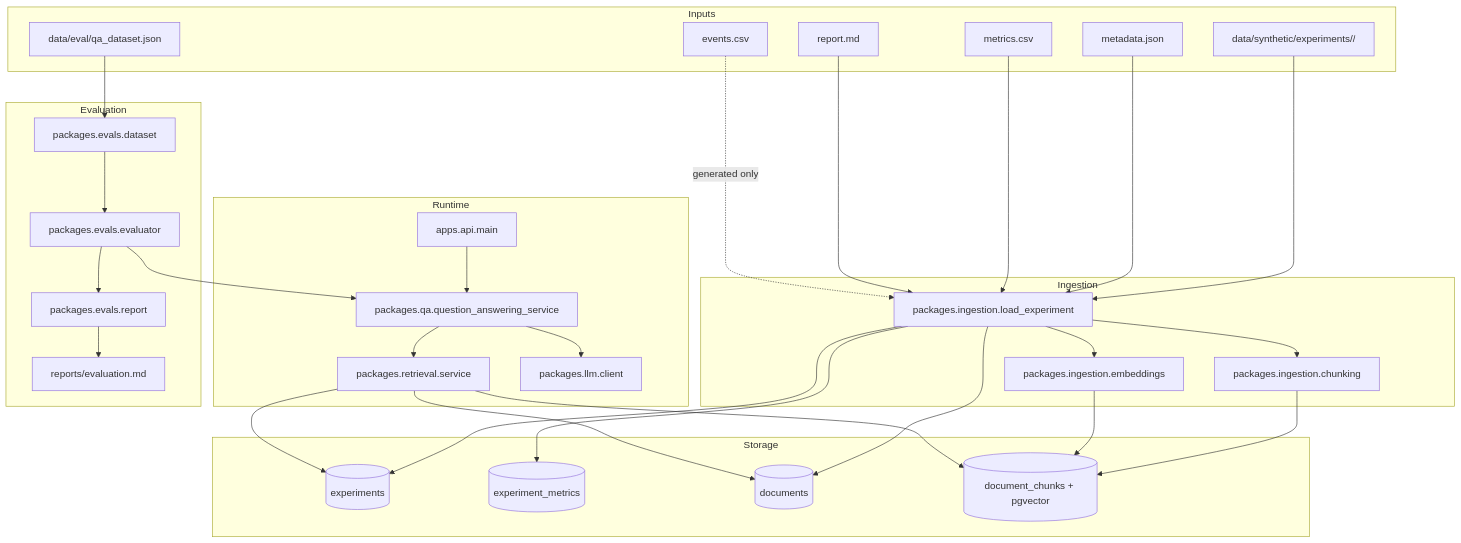
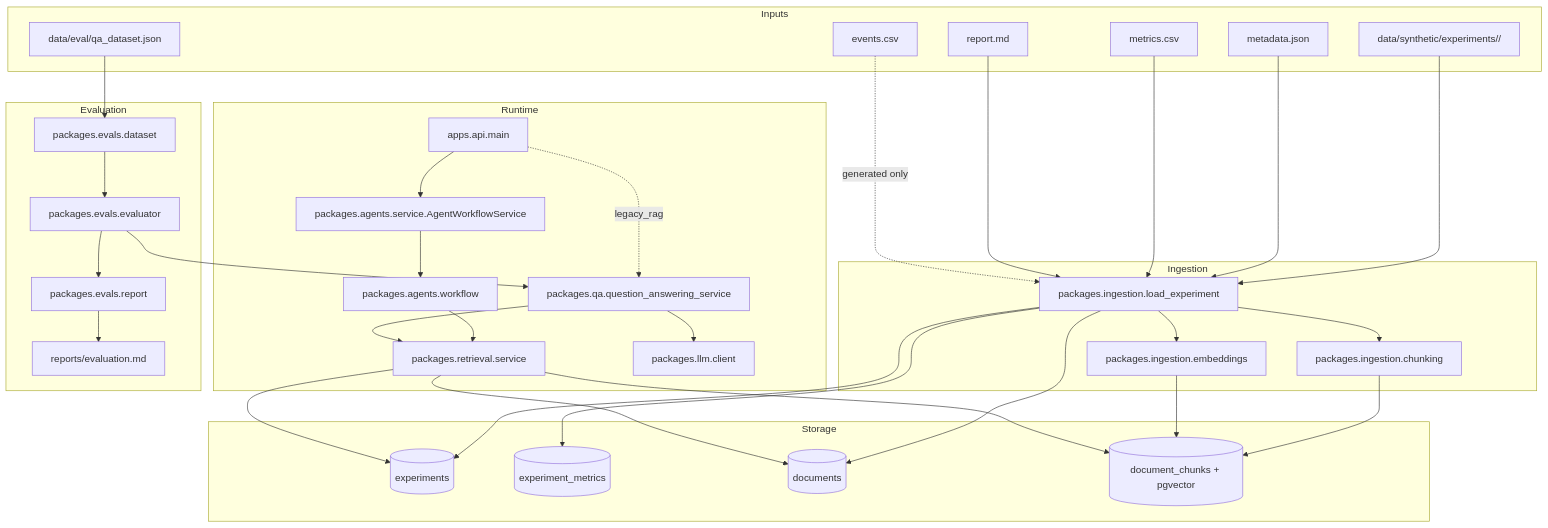
Before and after one commit to archeltaneka/ExperimentOS-AI: the diagram in docs/architecture.md, drawn with Mermaid. The commit also changed other lines of this file and 8 other files, not shown here.

Commit message:
[Improvement] Integrate the LangGraph AgentWorkflowService into the public /ask API

````diff
--- a/docs/architecture.md
+++ b/docs/architecture.md
@@ -12,64 +13,69 @@
 ```mermaid
 flowchart TD
     subgraph Inputs
         A[data/synthetic/experiments/<experiment-id>/]
         A1[metadata.json]
         A2[metrics.csv]
         A3[report.md]
         A4[events.csv]
         B[data/eval/qa_dataset.json]
     end
 
     subgraph Ingestion
         C[packages.ingestion.load_experiment]
         D[packages.ingestion.chunking]
         E[packages.ingestion.embeddings]
     end
 
     subgraph Storage
         F[(experiments)]
         G[(experiment_metrics)]
         H[(documents)]
         I[(document_chunks + pgvector)]
     end
 
     subgraph Runtime
         J[packages.retrieval.service]
         K[packages.qa.question_answering_service]
         L[packages.llm.client]
-        M[apps.api.main]
+        M[packages.agents.service.AgentWorkflowService]
+        N[packages.agents.workflow]
+        O[apps.api.main]
     end
 
     subgraph Evaluation
-        N[packages.evals.dataset]
-        O[packages.evals.evaluator]
-        P[packages.evals.report]
-        Q[reports/evaluation.md]
+        P[packages.evals.dataset]
+        Q[packages.evals.evaluator]
+        R[packages.evals.report]
+        S[reports/evaluation.md]
     end
 
     A --> C
     A1 --> C
     A2 --> C
     A3 --> C
     A4 -. generated only .-> C
     C --> D
     C --> E
     C --> F
     C --> G
     C --> H
     D --> I
     E --> I
 
-    M --> K
+    O --> M
+    O -. legacy_rag .-> K
+    M --> N
+    N --> J
     K --> J
     K --> L
     J --> I
     J --> F
     J --> H
 
-    B --> N
-    N --> O
-    O --> K
-    O --> P
+    B --> P
     P --> Q
+    Q --> K
+    Q --> R
+    R --> S
 ```
````
